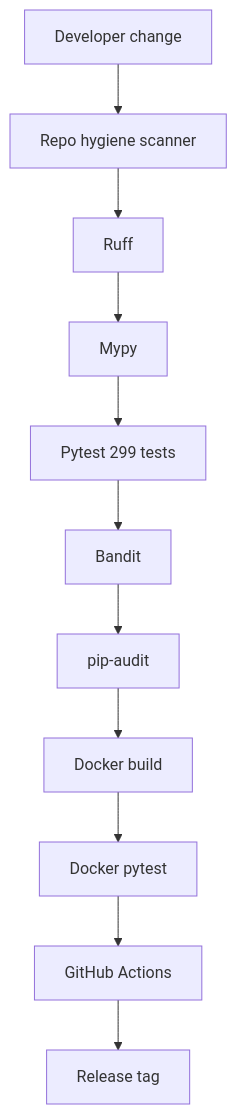
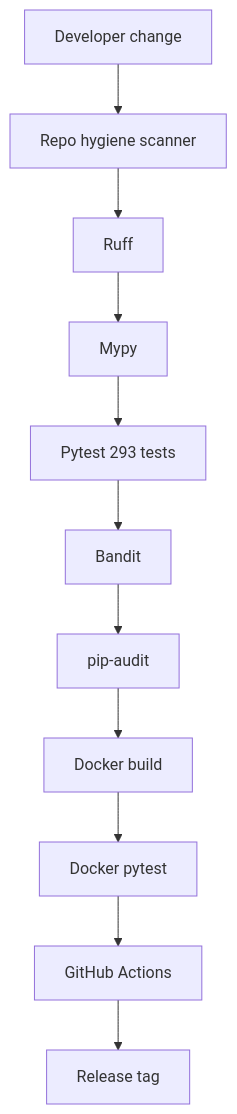
Before and after one commit to codethor0/llm-agent-control-plane-lab: the fourth of 4 diagrams in README.md, drawn with Mermaid. The commit also changed other lines of this file and 9 other files, not shown here.

````diff
--- a/README.md
+++ b/README.md
@@ -188,16 +188,16 @@
 ```mermaid
 flowchart TD
   ch[Developer change]
   rh[Repo hygiene scanner]
   rf[Ruff]
   my[Mypy]
-  py[Pytest 299 tests]
+  py[Pytest 293 tests]
   bd[Bandit]
   pa[pip-audit]
   dk[Docker build]
   dt[Docker pytest]
   ga[GitHub Actions]
   rel[Release tag]
 
   ch --> rh --> rf --> my --> py --> bd --> pa --> dk --> dt --> ga --> rel
 ```
````
